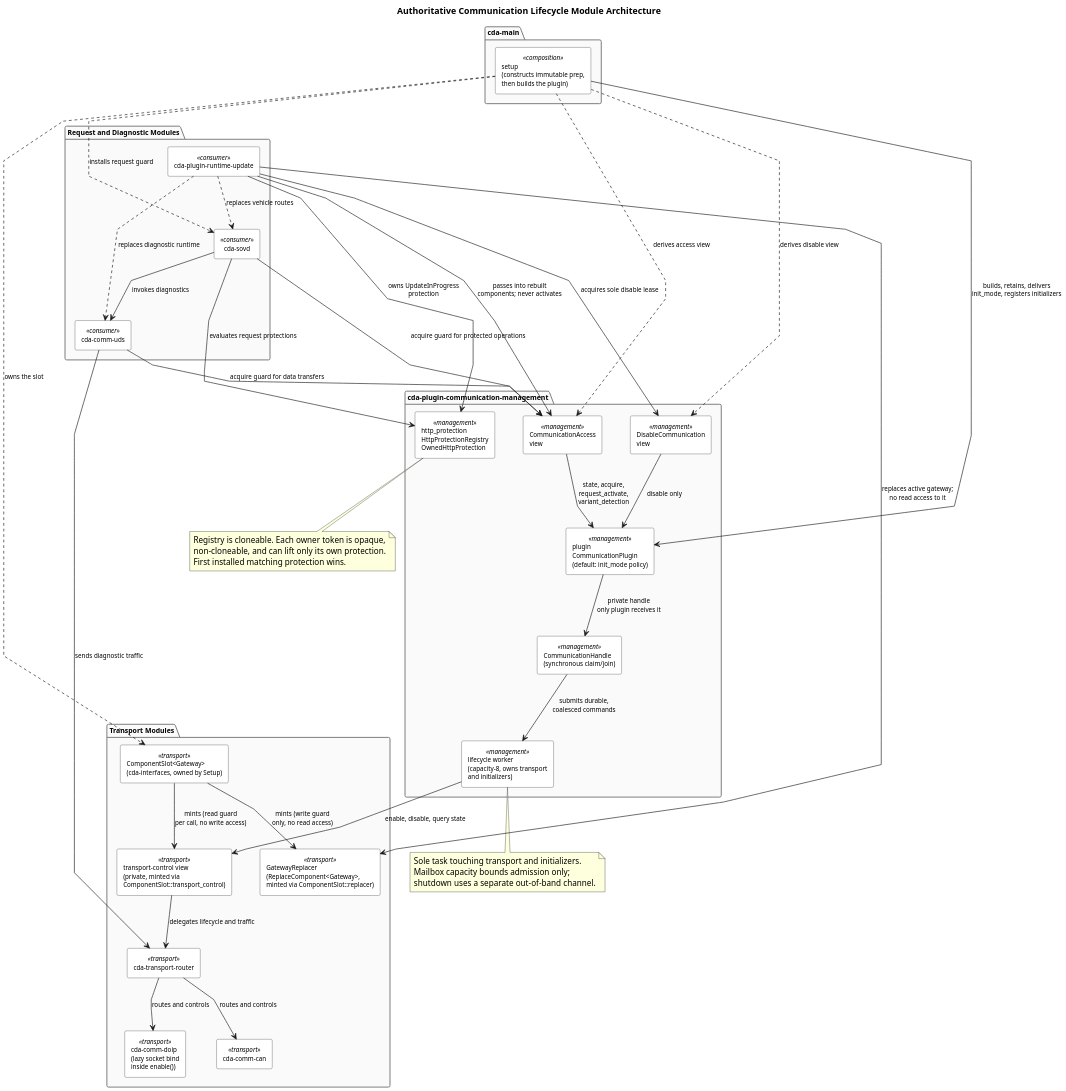
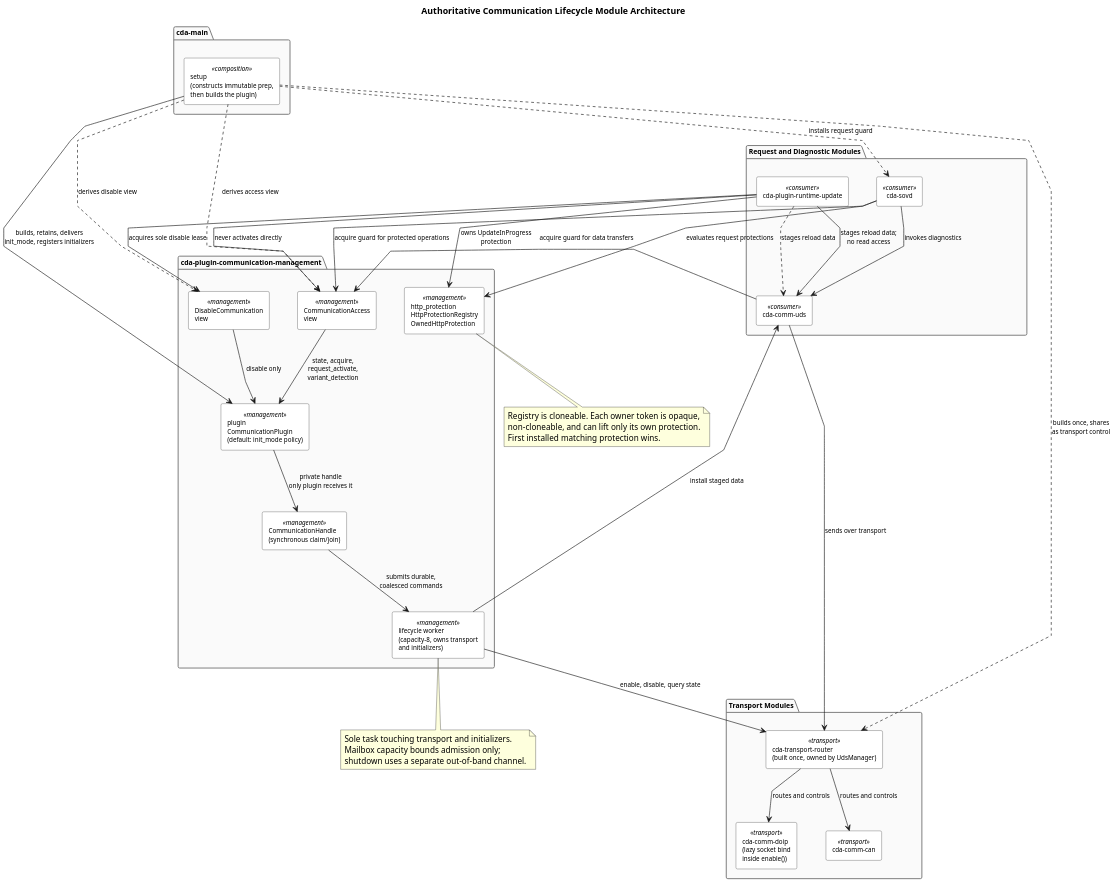
The diagram in docs/04_adr/images/communication_management_modules.puml (eclipse-opensovd/classic-diagnostic-adapter), drawn with PlantUML before and after one commit. The commit also changed 102 other files, not shown here.

First line of the commit message:
refactor(runtime-update): eliminate component swapping; align startup and reload

```diff
--- a/docs/04_adr/images/communication_management_modules.puml
+++ b/docs/04_adr/images/communication_management_modules.puml
@@ -4,116 +4,110 @@
 @startuml
 
 skinparam dpi 150
 skinparam shadowing false
 skinparam linetype polyline
 skinparam componentStyle rectangle
 skinparam nodesep 45
 skinparam ranksep 70
 skinparam ArrowFontSize 10
 
 skinparam package {
   BackgroundColor #FAFAFA
   BorderColor #777777
   FontSize 11
   Padding 20
 }
 
 skinparam component {
   BackgroundColor #FFFFFF
   BorderColor #333333
   FontSize 10
   Padding 14
 }
 
 skinparam component<<management>> BackgroundColor #E8F5E9
 skinparam component<<consumer>> BackgroundColor #E3F2FD
 skinparam component<<transport>> BackgroundColor #FFF3E0
 skinparam component<<composition>> BackgroundColor #F3E5F5
 
 title Authoritative Communication Lifecycle Module Architecture
 
 ' Top-to-bottom flow: cda-main -> Request/Diagnostic -> Communication
 ' Management -> Transport. Packages and components below are declared in
 ' that dependency order so the layout engine can rank them without having
 ' to route edges backwards.
 
 package "cda-main" {
   component "setup\n(constructs immutable prep,\nthen builds the plugin)" as Setup <<composition>>
 }
 
 package "Request and Diagnostic Modules" {
   component "cda-plugin-runtime-update" as RuntimeUpdate <<consumer>>
   component "cda-sovd" as Sovd <<consumer>>
   component "cda-comm-uds" as Uds <<consumer>>
 
-  RuntimeUpdate ..> Sovd : replaces vehicle routes
-  RuntimeUpdate ..> Uds : replaces diagnostic runtime
+  RuntimeUpdate ..> Uds : stages reload data
   Sovd --> Uds : invokes diagnostics
 }
 
 package "cda-plugin-communication-management" {
   component "CommunicationAccess\nview" as Access <<management>>
   component "DisableCommunication\nview" as Disable <<management>>
   component "plugin\nCommunicationPlugin\n(default: init_mode policy)" as Plugin <<management>>
   component "CommunicationHandle\n(synchronous claim/join)" as Handle <<management>>
   component "lifecycle worker\n(capacity-8, owns transport\nand initializers)" as Worker <<management>>
   component "http_protection\nHttpProtectionRegistry\nOwnedHttpProtection" as HttpProtection <<management>>
 
   Access --> Plugin : state, acquire,\nrequest_activate,\nvariant_detection
   Disable --> Plugin : disable only
   Plugin --> Handle : private handle\nonly plugin receives it
   Handle --> Worker : submits durable,\ncoalesced commands
 }
 
 package "Transport Modules" {
-  component "ComponentSlot<Gateway>\n(cda-interfaces, owned by Setup)" as GatewaySlot <<transport>>
-  component "transport-control view\n(private, minted via\nComponentSlot::transport_control)" as Swappable <<transport>>
-  component "GatewayReplacer\n(ReplaceComponent<Gateway>,\nminted via ComponentSlot::replacer)" as GatewayReplacer <<transport>>
-  component "cda-transport-router" as Router <<transport>>
+  component "cda-transport-router\n(built once, owned by UdsManager)" as Router <<transport>>
   component "cda-comm-doip\n(lazy socket bind\ninside enable())" as Doip <<transport>>
   component "cda-comm-can" as Can <<transport>>
 
-  GatewaySlot --> Swappable : mints (read guard\nper call, no write access)
-  GatewaySlot --> GatewayReplacer : mints (write guard\nonly, no read access)
-  Swappable --> Router : delegates lifecycle and traffic
   Router --> Doip : routes and controls
   Router --> Can : routes and controls
 }
 
 Setup ..> Sovd : installs request guard
 Setup --> Plugin : builds, retains, delivers\ninit_mode, registers initializers
 Setup ..> Access : derives access view
 Setup ..> Disable : derives disable view
-Setup ..> GatewaySlot : owns the slot
+Setup ..> Router : builds once, shares\nas transport control
 
 ' Hidden edges: not part of the model, only used to pin cda-main strictly
 ' above the Request/Diagnostic rank and Request/Diagnostic strictly above
 ' Communication Management, since Setup's and RuntimeUpdate's real edges
 ' otherwise let the layout engine collapse those ranks together.
 Setup -[hidden]-> RuntimeUpdate
 Uds -[hidden]-> Disable
 
 Sovd --> HttpProtection : evaluates request protections
 Sovd --> Access : acquire guard for protected operations
 Uds --> Access : acquire guard for data transfers
-Uds --> Router : sends diagnostic traffic
-Worker --> Swappable : enable, disable, query state
+Uds --> Router : sends over transport
+Worker --> Router : enable, disable, query state
+Worker --> Uds : install staged data
 
 RuntimeUpdate --> HttpProtection : owns UpdateInProgress\nprotection
 RuntimeUpdate --> Disable : acquires sole disable lease
-RuntimeUpdate --> GatewayReplacer : replaces active gateway;\nno read access to it
-RuntimeUpdate --> Access : passes into rebuilt\ncomponents; never activates
+RuntimeUpdate --> Uds : stages reload data;\nno read access
+RuntimeUpdate --> Access : never activates directly
 
 note bottom of HttpProtection
   Registry is cloneable. Each owner token is opaque,
   non-cloneable, and can lift only its own protection.
   First installed matching protection wins.
 end note
 
 note bottom of Worker
   Sole task touching transport and initializers.
   Mailbox capacity bounds admission only;
   shutdown uses a separate out-of-band channel.
 end note
 
 @enduml
```
